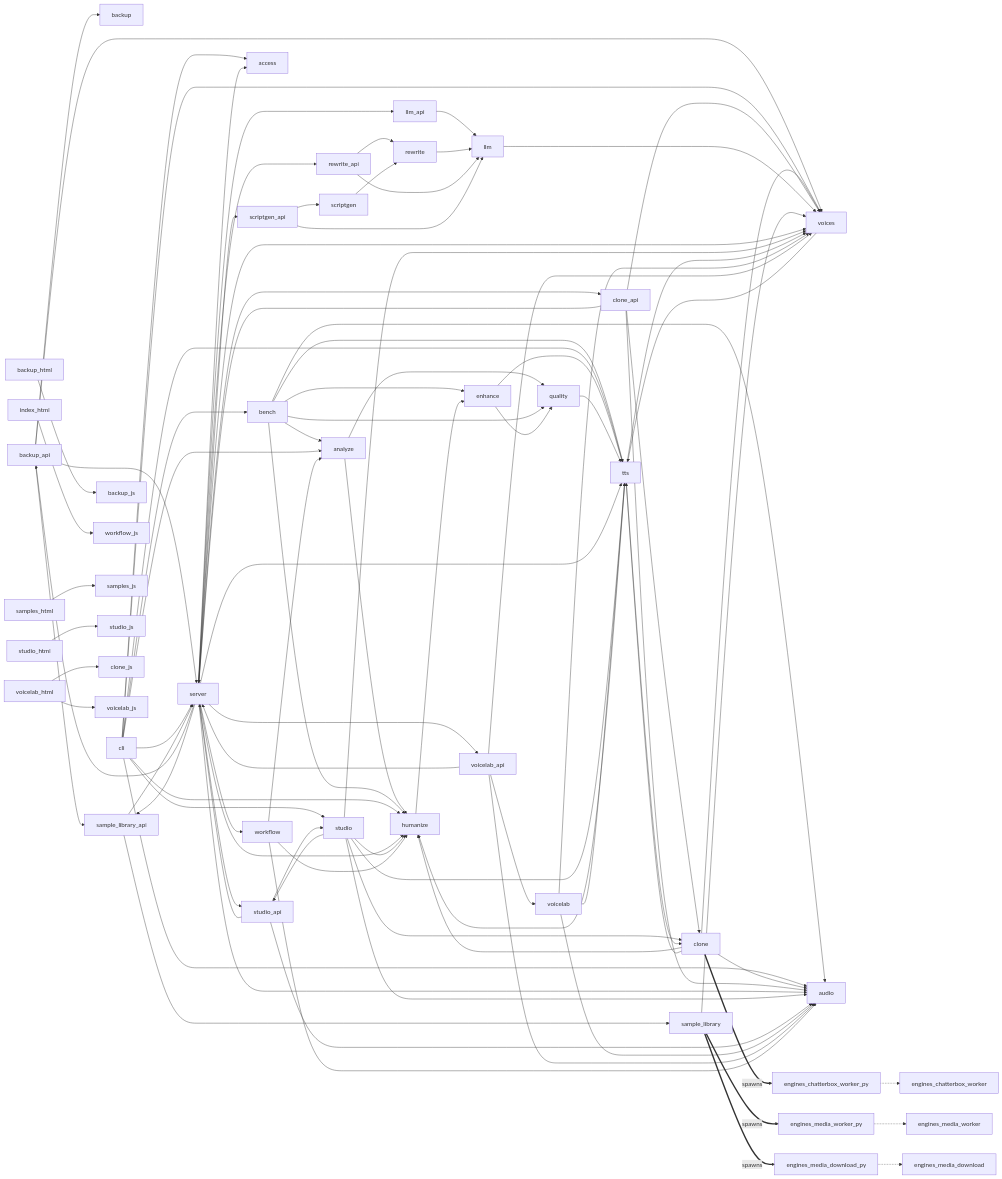
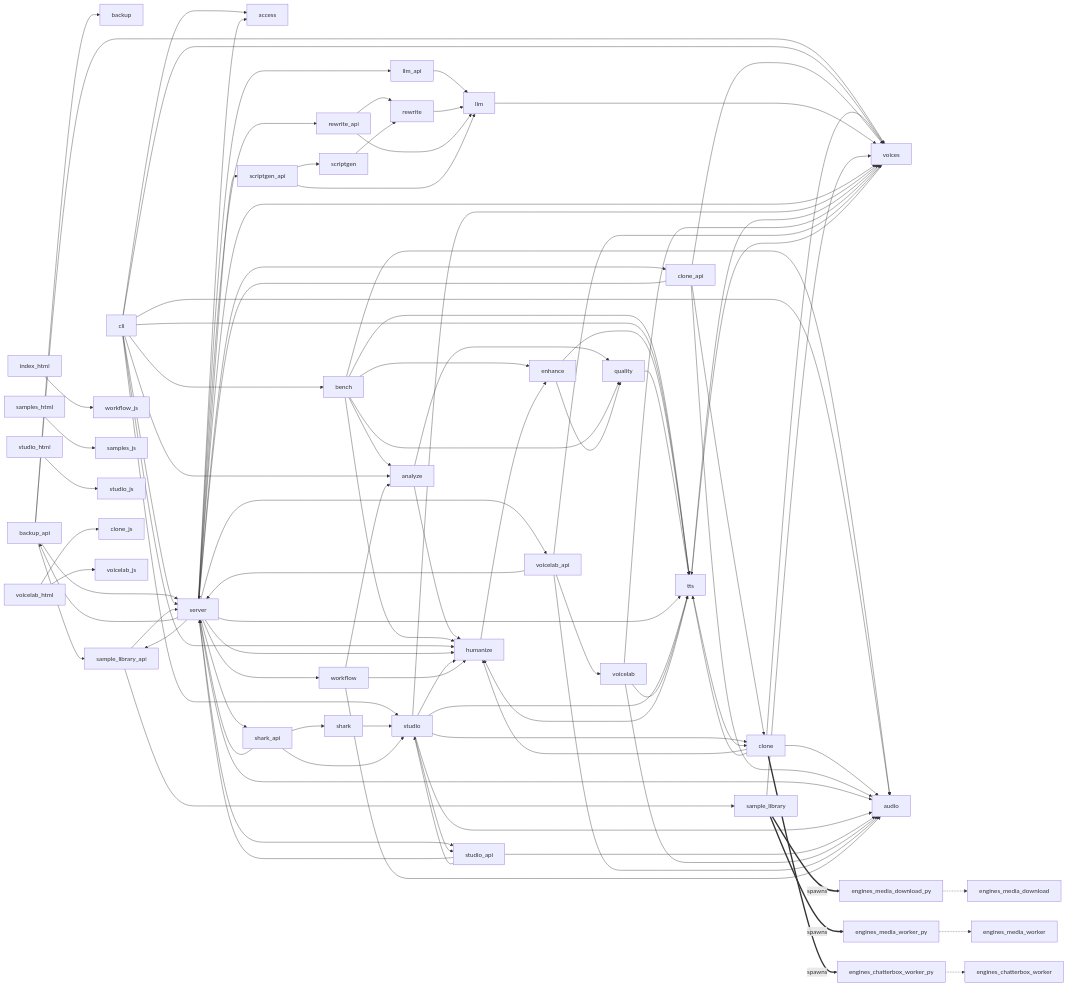
The diagram in library/knowledge/private/codebase-graph/meta/code-graph.md (g-baskin/voice-studio), drawn with Mermaid before and after one commit. The commit also changed other lines of this file and 111 other files, not shown here.

```diff
--- a/library/knowledge/private/codebase-graph/meta/code-graph.md
+++ b/library/knowledge/private/codebase-graph/meta/code-graph.md
@@ -98,11 +98,16 @@
   server --> rewrite_api
   server --> sample_library_api
   server --> scriptgen_api
+  server --> shark_api
   server --> studio_api
   server --> tts
   server --> voicelab_api
   server --> voices
   server --> workflow
+  shark --> studio
+  shark_api --> server
+  shark_api --> shark
+  shark_api --> studio
   studio --> audio
   studio --> clone
   studio --> humanize
@@ -129,7 +134,6 @@
   engines_chatterbox_worker_py -.-> engines_chatterbox_worker
   engines_media_download_py -.-> engines_media_download
   engines_media_worker_py -.-> engines_media_worker
-  backup_html --> backup_js
   index_html --> workflow_js
   samples_html --> samples_js
   studio_html --> studio_js
```
